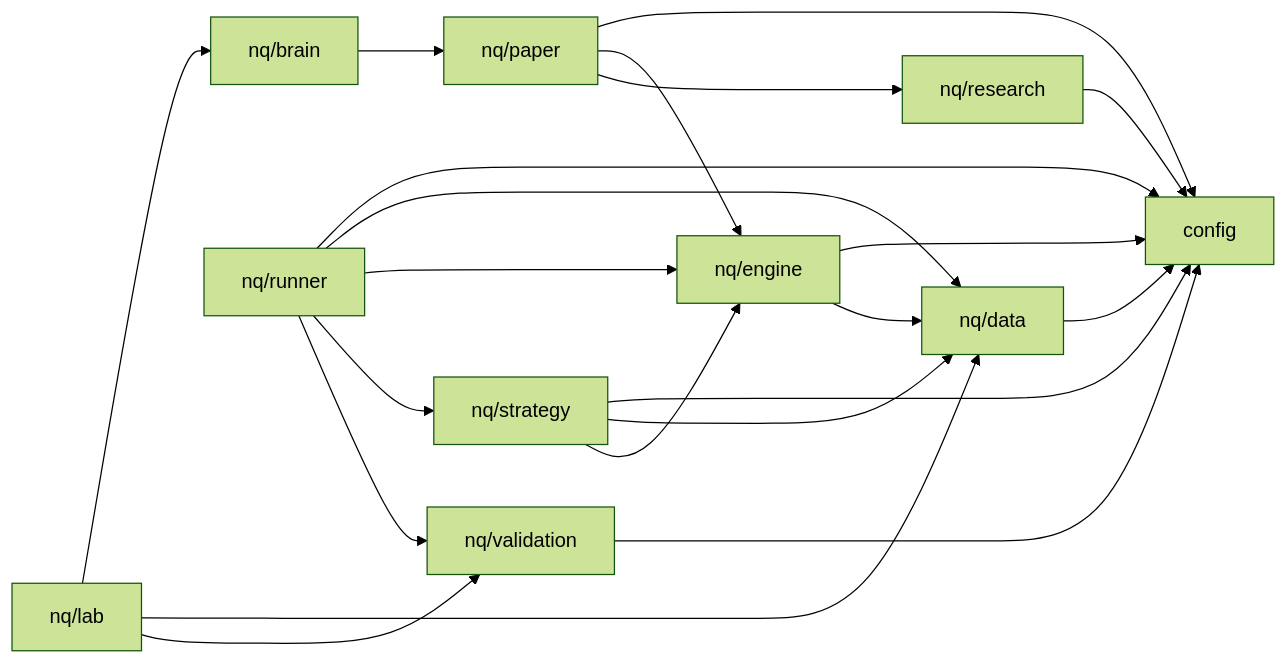
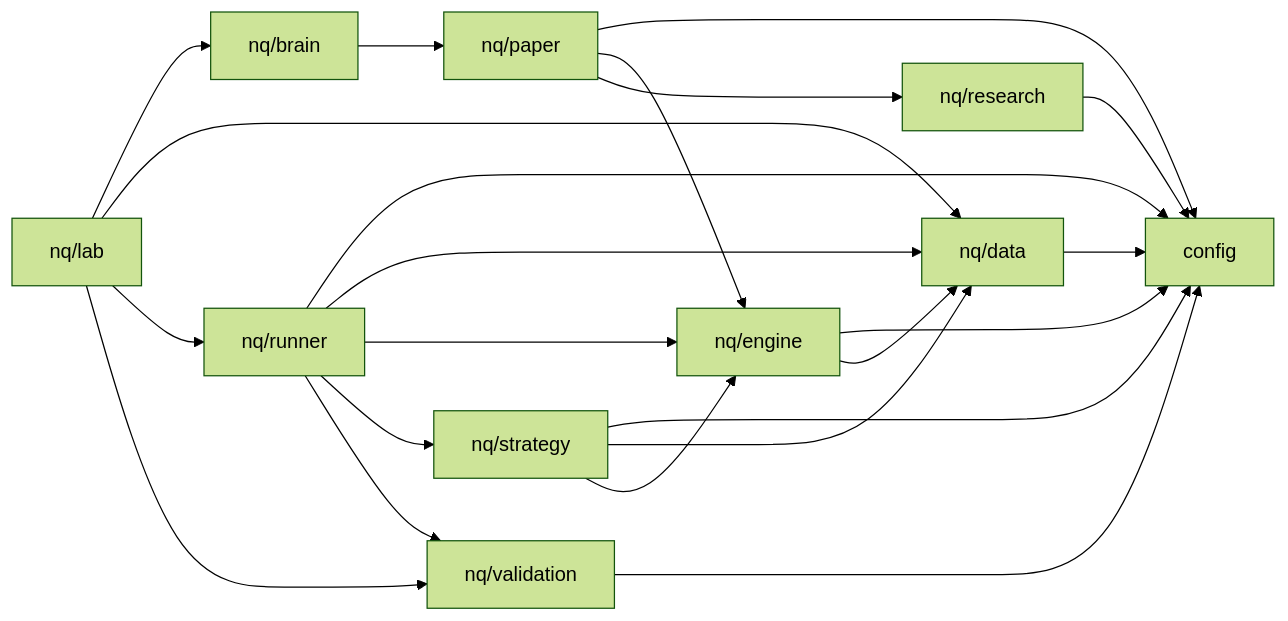
Before and after one commit to kreeshpatel/nifty-satvik: the diagram in docs/DEPENDENCY_MAP.md, drawn with Mermaid (forest theme). The commit also changed 10 other files, not shown here.

````diff
--- a/docs/DEPENDENCY_MAP.md
+++ b/docs/DEPENDENCY_MAP.md
@@ -11,33 +11,34 @@
 ```mermaid
 flowchart LR
     config["config"]
     nq_brain["nq/brain"]
     nq_data["nq/data"]
     nq_engine["nq/engine"]
     nq_lab["nq/lab"]
     nq_paper["nq/paper"]
     nq_research["nq/research"]
     nq_runner["nq/runner"]
     nq_strategy["nq/strategy"]
     nq_validation["nq/validation"]
     nq_brain --> nq_paper
     nq_data --> config
     nq_engine --> config
     nq_engine --> nq_data
     nq_lab --> nq_brain
     nq_lab --> nq_data
+    nq_lab --> nq_runner
     nq_lab --> nq_validation
     nq_paper --> config
     nq_paper --> nq_engine
     nq_paper --> nq_research
     nq_research --> config
     nq_runner --> config
     nq_runner --> nq_data
     nq_runner --> nq_engine
     nq_runner --> nq_strategy
     nq_runner --> nq_validation
     nq_strategy --> config
     nq_strategy --> nq_data
     nq_strategy --> nq_engine
     nq_validation --> config
 ```
````
